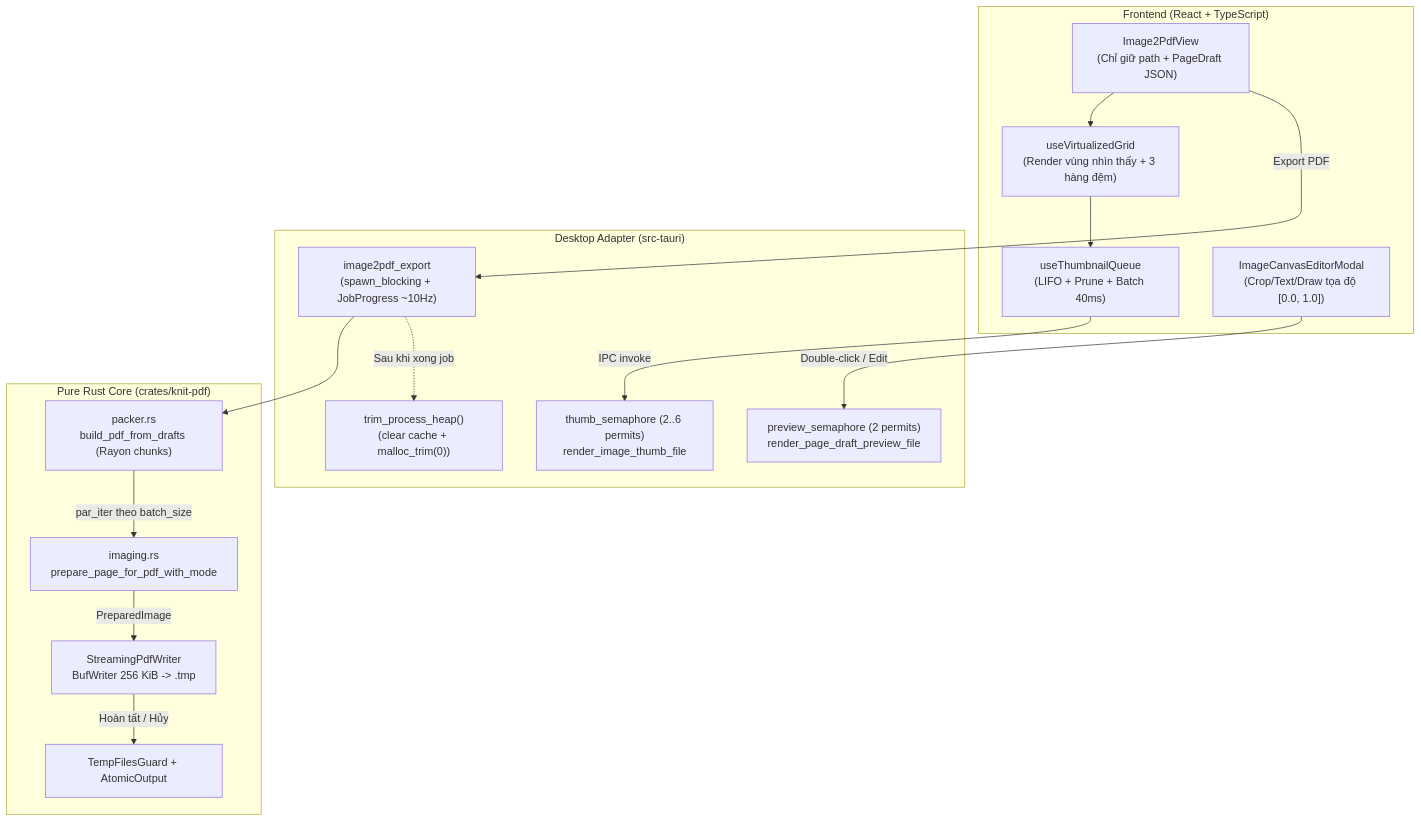
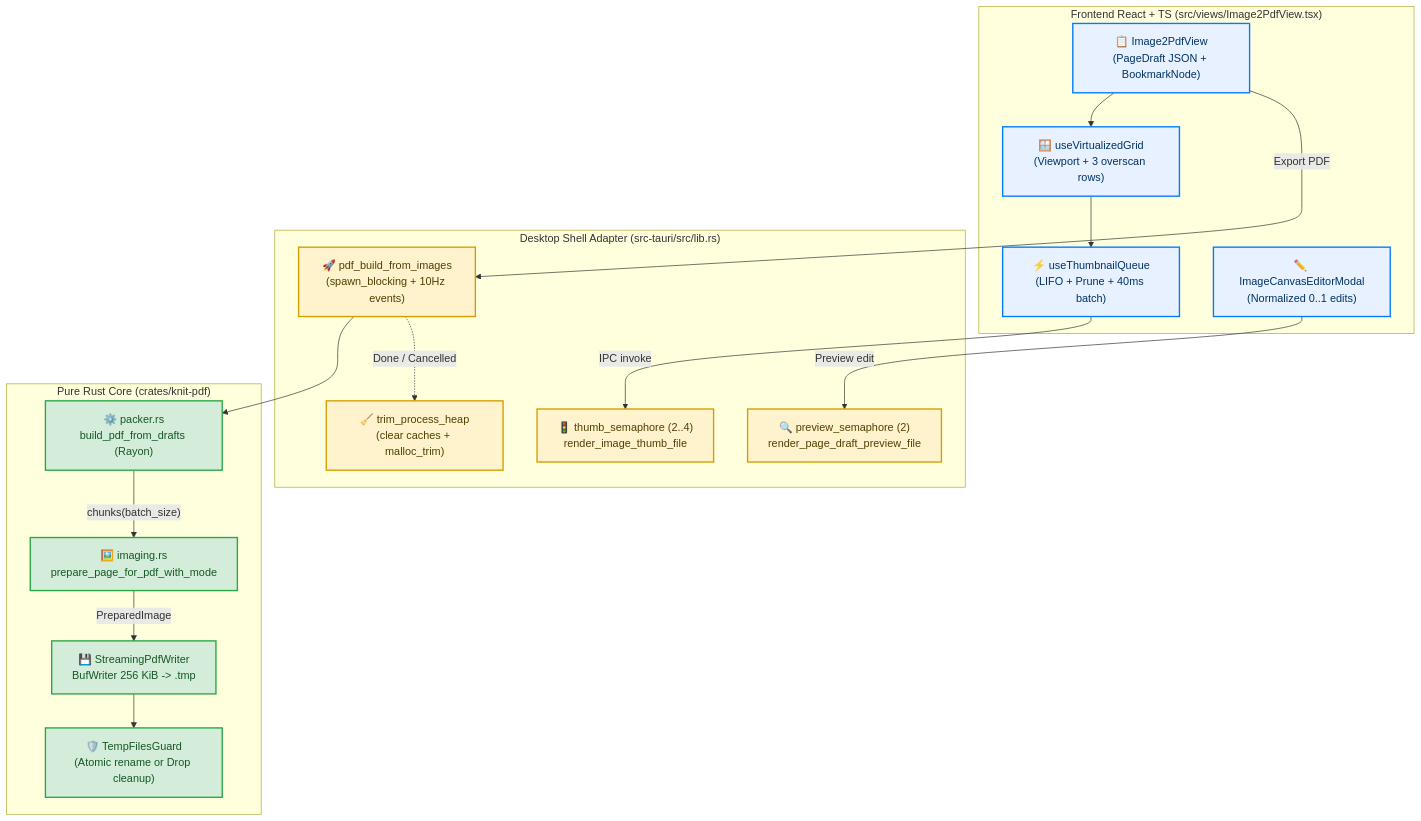
One commit to KozKhoa/Knit changed the first of 4 diagrams in docs/image2pdf-architecture.md. Above: the diagram before and after it, drawn with Mermaid. The commit also changed other lines of this file and 10 other files, not shown here.

Commit message:
docs(image2pdf): add agent guide, JSON schema, Mermaid diagrams, and ISTQB functional test suite

````diff
--- a/docs/image2pdf-architecture.md
+++ b/docs/image2pdf-architecture.md
@@ -11,33 +28,41 @@
 ```mermaid
 flowchart TD
-    subgraph FE["Frontend (React + TypeScript)"]
-        UI["Image2PdfView<br/>(Chỉ giữ path + PageDraft JSON)"]
-        VGrid["useVirtualizedGrid<br/>(Render vùng nhìn thấy + 3 hàng đệm)"]
-        Q["useThumbnailQueue<br/>(LIFO + Prune + Batch 40ms)"]
-        Canvas["ImageCanvasEditorModal<br/>(Crop/Text/Draw tọa độ [0.0, 1.0])"]
+    subgraph FE["Frontend React + TS (src/views/Image2PdfView.tsx)"]
+        UI["📋 Image2PdfView\n(PageDraft JSON + BookmarkNode)"]
+        VGrid["🪟 useVirtualizedGrid\n(Viewport + 3 overscan rows)"]
+        Queue["⚡ useThumbnailQueue\n(LIFO + Prune + 40ms batch)"]
+        Canvas["✏️ ImageCanvasEditorModal\n(Normalized 0..1 edits)"]
     end
 
-    subgraph IPC["Desktop Adapter (src-tauri)"]
-        ThumbSem["thumb_semaphore (2..6 permits)<br/>render_image_thumb_file"]
-        PrevSem["preview_semaphore (2 permits)<br/>render_page_draft_preview_file"]
-        ExportCmd["image2pdf_export<br/>(spawn_blocking + JobProgress ~10Hz)"]
-        Trim["trim_process_heap()<br/>(clear cache + malloc_trim(0))"]
+    subgraph IPC["Desktop Shell Adapter (src-tauri/src/lib.rs)"]
+        TSem["🚦 thumb_semaphore (2..4)\nrender_image_thumb_file"]
+        PSem["🔍 preview_semaphore (2)\nrender_page_draft_preview_file"]
+        ExportCmd["🚀 pdf_build_from_images\n(spawn_blocking + 10Hz events)"]
+        Trim["🧹 trim_process_heap\n(clear caches + malloc_trim)"]
     end
 
     subgraph Core["Pure Rust Core (crates/knit-pdf)"]
-        Imaging["imaging.rs<br/>prepare_page_for_pdf_with_mode"]
-        Packer["packer.rs<br/>build_pdf_from_drafts (Rayon chunks)"]
-        Writer["StreamingPdfWriter<br/>BufWriter 256 KiB -> .tmp"]
-        Guard["TempFilesGuard + AtomicOutput"]
+        Imaging["🖼️ imaging.rs\nprepare_page_for_pdf_with_mode"]
+        Packer["⚙️ packer.rs\nbuild_pdf_from_drafts (Rayon)"]
+        Writer["💾 StreamingPdfWriter\nBufWriter 256 KiB -> .tmp"]
+        Guard["🛡️ TempFilesGuard\n(Atomic rename or Drop cleanup)"]
     end
 
-    UI --> VGrid --> Q
-    Q -->|"IPC invoke"| ThumbSem
-    Canvas -->|"Double-click / Edit"| PrevSem
+    UI --> VGrid --> Queue
+    Queue -->|"IPC invoke"| TSem
+    Canvas -->|"Preview edit"| PSem
     UI -->|"Export PDF"| ExportCmd
     ExportCmd --> Packer
-    Packer -->|"par_iter theo batch_size"| Imaging
+    Packer -->|"chunks(batch_size)"| Imaging
     Imaging -->|"PreparedImage"| Writer
-    Writer -->|"Hoàn tất / Hủy"| Guard
-    ExportCmd -.->|"Sau khi xong job"| Trim
+    Writer --> Guard
+    ExportCmd -.->|"Done / Cancelled"| Trim
+
+    classDef ui fill:#E7F1FF,stroke:#007BFF,stroke-width:2px,color:#003366
+    classDef ipc fill:#FFF3CD,stroke:#D39E00,stroke-width:2px,color:#533F03
+    classDef core fill:#D4EDDA,stroke:#28A745,stroke-width:2px,color:#155724
+
+    class UI,VGrid,Queue,Canvas ui
+    class TSem,PSem,ExportCmd,Trim ipc
+    class Imaging,Packer,Writer,Guard core
 ```
````
